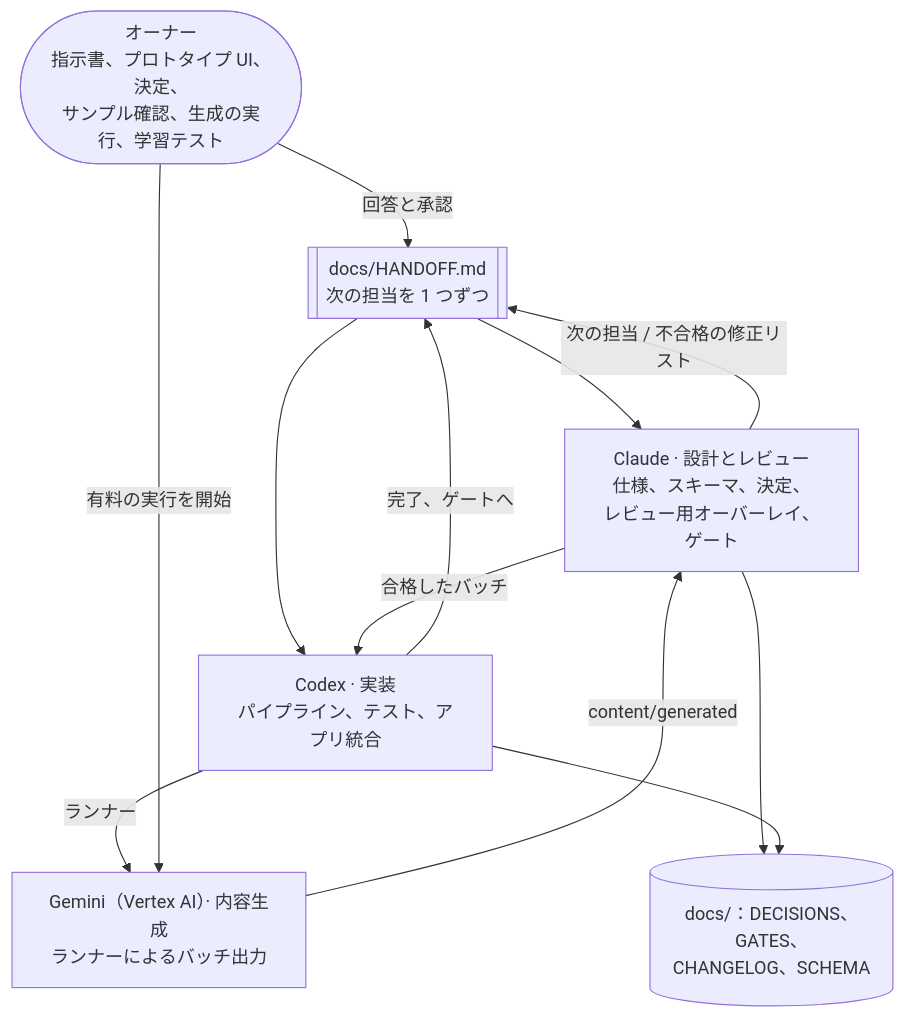
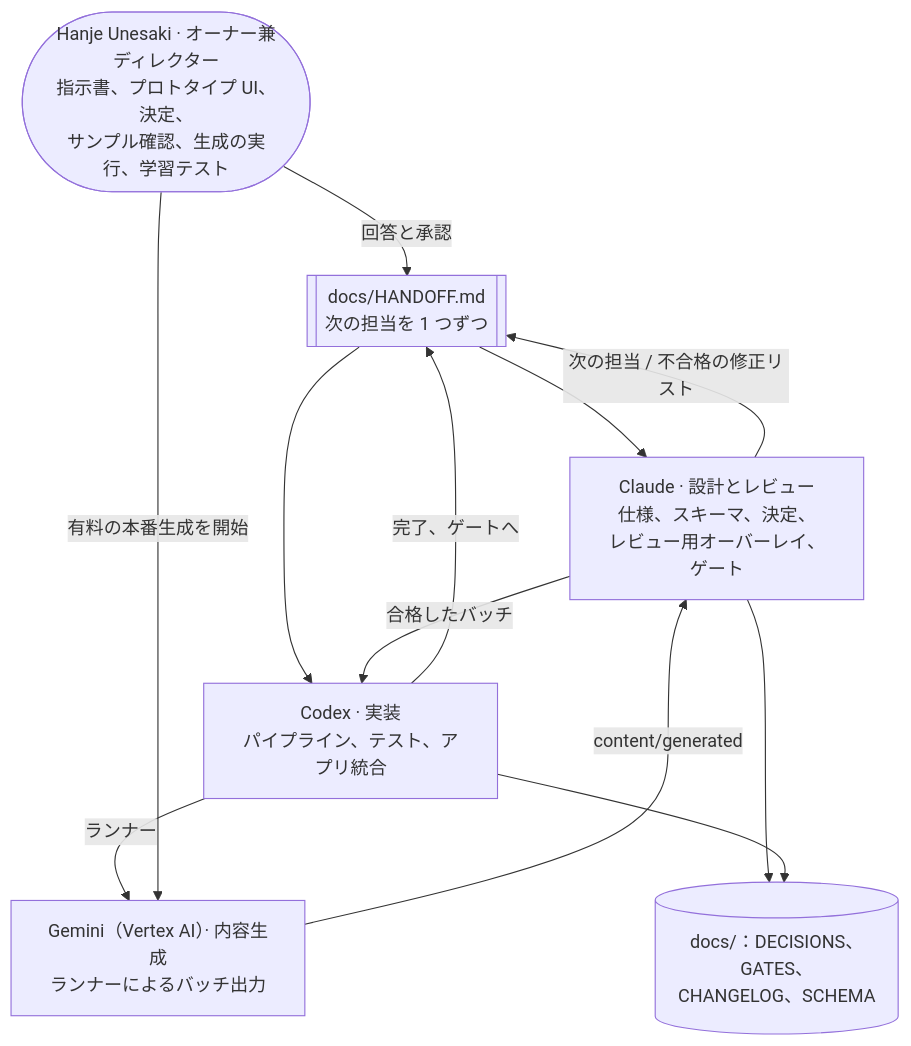
The second of 2 diagrams in README.ja.md (hanjejeme2023-oss/kanji-bridge), drawn with Mermaid before and after one commit. The commit also changed other lines of this file and 6 other files, not shown here.

````diff
--- a/README.ja.md
+++ b/README.ja.md
@@ -99,20 +97,20 @@
 ```mermaid
 flowchart TB
-  User([オーナー<br/>指示書、プロトタイプ UI、決定、<br/>サンプル確認、生成の実行、学習テスト])
+  User([Hanje Unesaki · オーナー兼ディレクター<br/>指示書、プロトタイプ UI、決定、<br/>サンプル確認、生成の実行、学習テスト])
   HO[[docs/HANDOFF.md<br/>次の担当を 1 つずつ]]
   Cl[Claude · 設計とレビュー<br/>仕様、スキーマ、決定、<br/>レビュー用オーバーレイ、ゲート]
   Cx[Codex · 実装<br/>パイプライン、テスト、アプリ統合]
   Ge[Gemini（Vertex AI）· 内容生成<br/>ランナーによるバッチ出力]
   Rec[(docs/：DECISIONS、GATES、<br/>CHANGELOG、SCHEMA)]
   User -- 回答と承認 --> HO
   HO --> Cl
   HO --> Cx
   Cl -- 次の担当 / 不合格の修正リスト --> HO
   Cx -- 完了、ゲートへ --> HO
   Cx -- ランナー --> Ge
-  User -- 有料の実行を開始 --> Ge
+  User -- 有料の本番生成を開始 --> Ge
   Ge -- content/generated --> Cl
   Cl -- 合格したバッチ --> Cx
   Cl --> Rec
   Cx --> Rec
 ```
````
